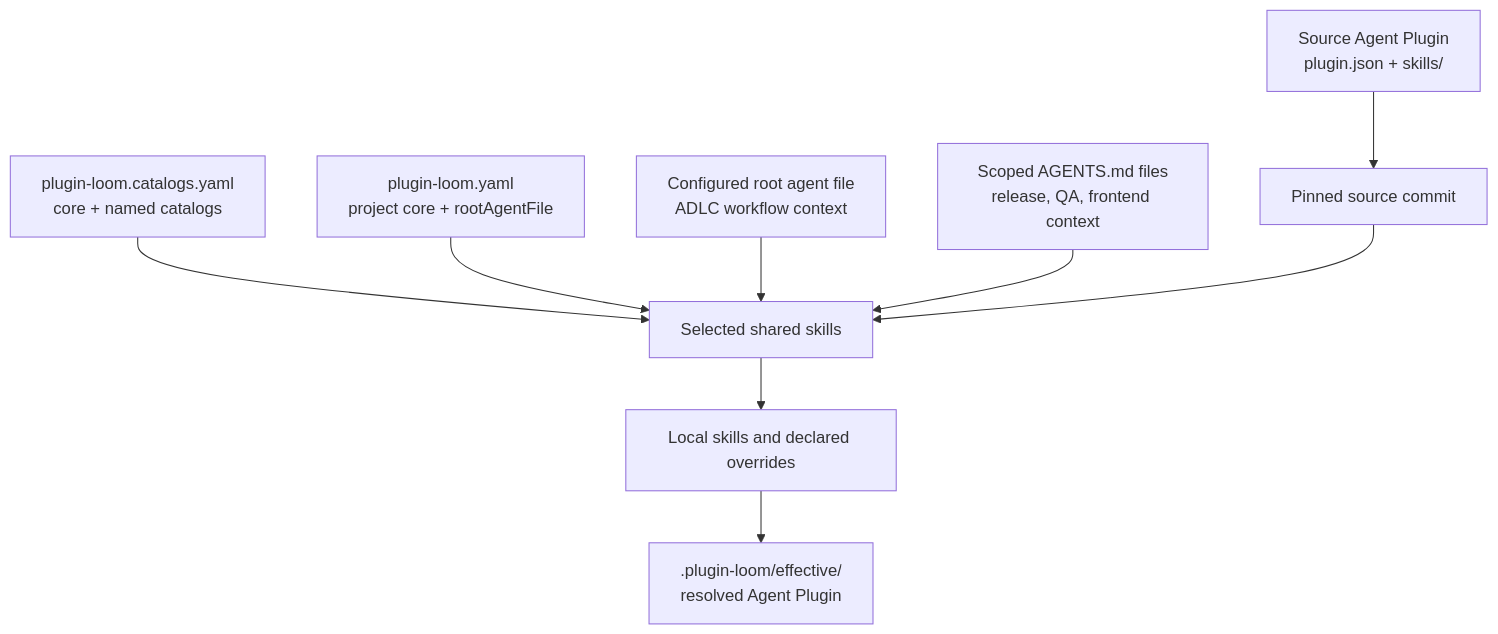
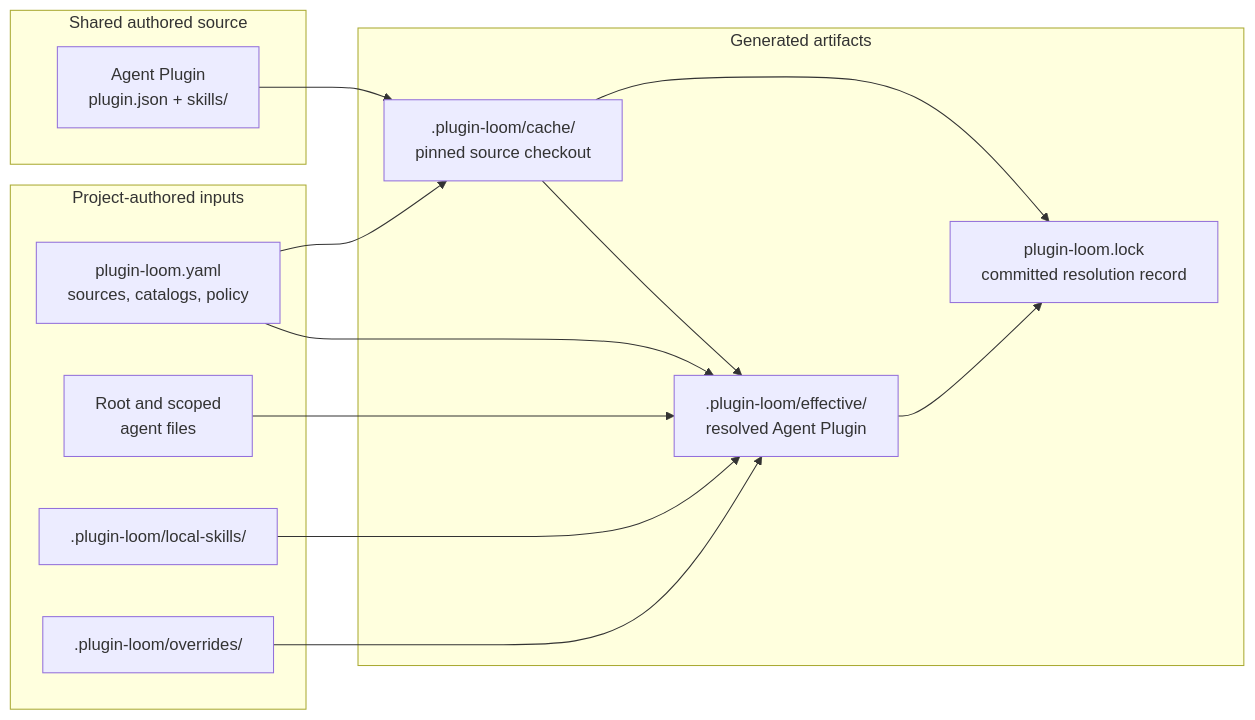
The diagram in README.md (Vermonster/plugin-loom), drawn with Mermaid before and after one commit. The commit also changed other lines of this file and 7 other files, not shown here.

````diff
--- a/README.md
+++ b/README.md
@@ -42,11 +42,26 @@
 ```mermaid
-flowchart TD
-    source["Source Agent Plugin<br/>plugin.json + skills/"] --> pinned["Pinned source commit"]
-    catalogs["plugin-loom.catalogs.yaml<br/>core + named catalogs"] --> selections
-    config["plugin-loom.yaml<br/>project core + rootAgentFile"] --> selections
-    root["Configured root agent file<br/>ADLC workflow context"] --> selections
-    scoped["Scoped AGENTS.md files<br/>release, QA, frontend context"] --> selections
-    pinned --> selections[Selected shared skills]
-    selections --> overlays[Local skills and declared overrides]
-    overlays --> effective[".plugin-loom/effective/<br/>resolved Agent Plugin"]
+flowchart LR
+    subgraph shared[Shared authored source]
+        source["Agent Plugin<br/>plugin.json + skills/"]
+    end
+    subgraph project[Project-authored inputs]
+        config["plugin-loom.yaml<br/>sources, catalogs, policy"]
+        agents["Root and scoped<br/>agent files"]
+        local[".plugin-loom/local-skills/"]
+        overrides[".plugin-loom/overrides/"]
+    end
+    subgraph generated[Generated artifacts]
+        cache[".plugin-loom/cache/<br/>pinned source checkout"]
+        effective[".plugin-loom/effective/<br/>resolved Agent Plugin"]
+        lock["plugin-loom.lock<br/>committed resolution record"]
+    end
+    source --> cache
+    config --> cache
+    cache --> effective
+    config --> effective
+    agents --> effective
+    local --> effective
+    overrides --> effective
+    cache --> lock
+    effective --> lock
 ```
````
